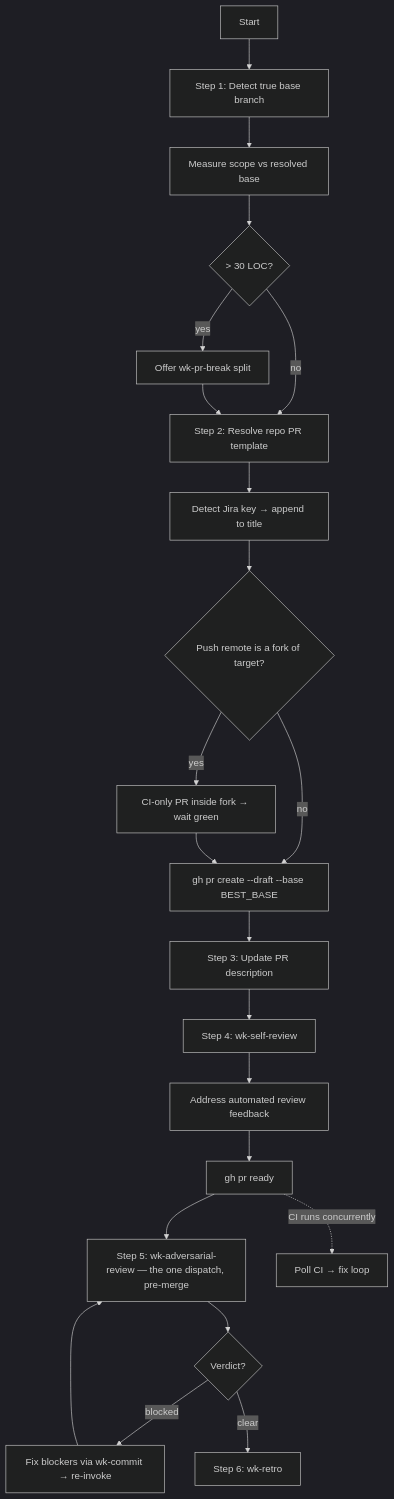
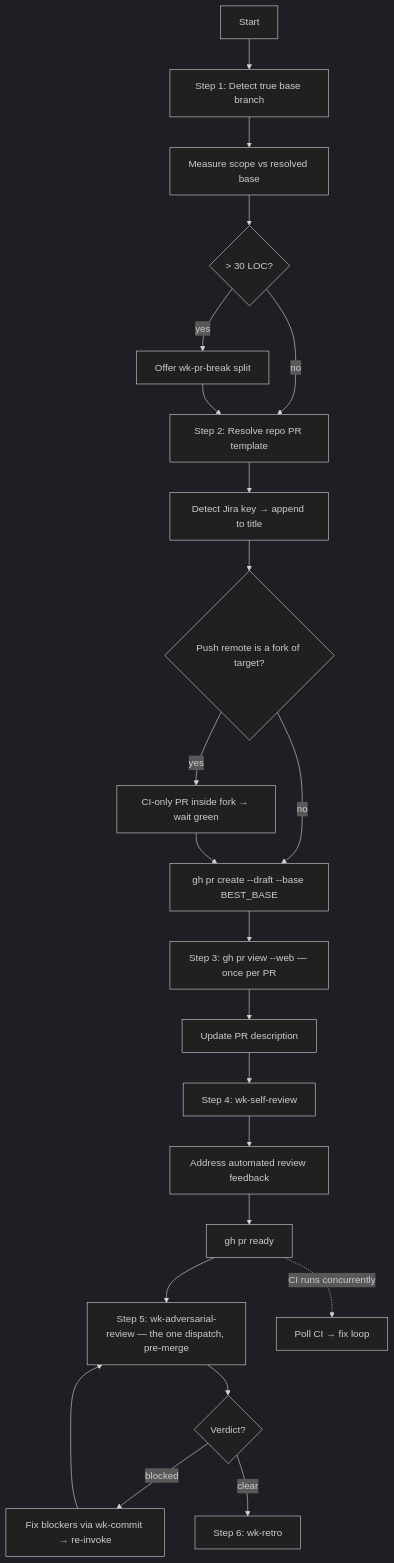
The diagram in skills/pr/README.md (whizzzkid/skills), drawn with Mermaid (dark theme) before and after one commit. The commit also changed other lines of this file and 3 other files, not shown here.

````diff
--- a/skills/pr/README.md
+++ b/skills/pr/README.md
@@ -17,29 +17,30 @@
 ```mermaid
 flowchart TD
     A[Start] --> B[Step 1: Detect true base branch]
     B --> C[Measure scope vs resolved base]
     C --> D{> 30 LOC?}
     D -->|yes| E[Offer wk-pr-break split]
     D -->|no| I[Step 2: Resolve repo PR template]
     E --> I
     I --> J[Detect Jira key → append to title]
     J --> F{Push remote is a fork of target?}
     F -->|yes| FC[CI-only PR inside fork → wait green]
     F -->|no| K[gh pr create --draft --base BEST_BASE]
     FC --> K
-    K --> L[Step 3: Update PR description]
+    K --> W[Step 3: gh pr view --web — once per PR]
+    W --> L[Update PR description]
     L --> P[Step 4: wk-self-review]
     P --> Q[Address automated review feedback]
     Q --> S[gh pr ready]
     S --> R[Step 5: wk-adversarial-review — the one dispatch, pre-merge]
     S -.->|CI runs concurrently| M[Poll CI → fix loop]
     R --> G{Verdict?}
     G -->|blocked| H[Fix blockers via wk-commit → re-invoke]
     H --> R
     G -->|clear| T[Step 6: wk-retro]
     click E href "https://github.com/whizzzkid/skills/blob/main/skills/pr-break/README.md" _blank
     click H href "https://github.com/whizzzkid/skills/blob/main/skills/commit/README.md" _blank
     click P href "https://github.com/whizzzkid/skills/blob/main/skills/self-review/README.md" _blank
     click R href "https://github.com/whizzzkid/skills/blob/main/skills/adversarial-review/README.md" _blank
     click T href "https://github.com/whizzzkid/skills/blob/main/skills/retro/README.md" _blank
 ```
````
